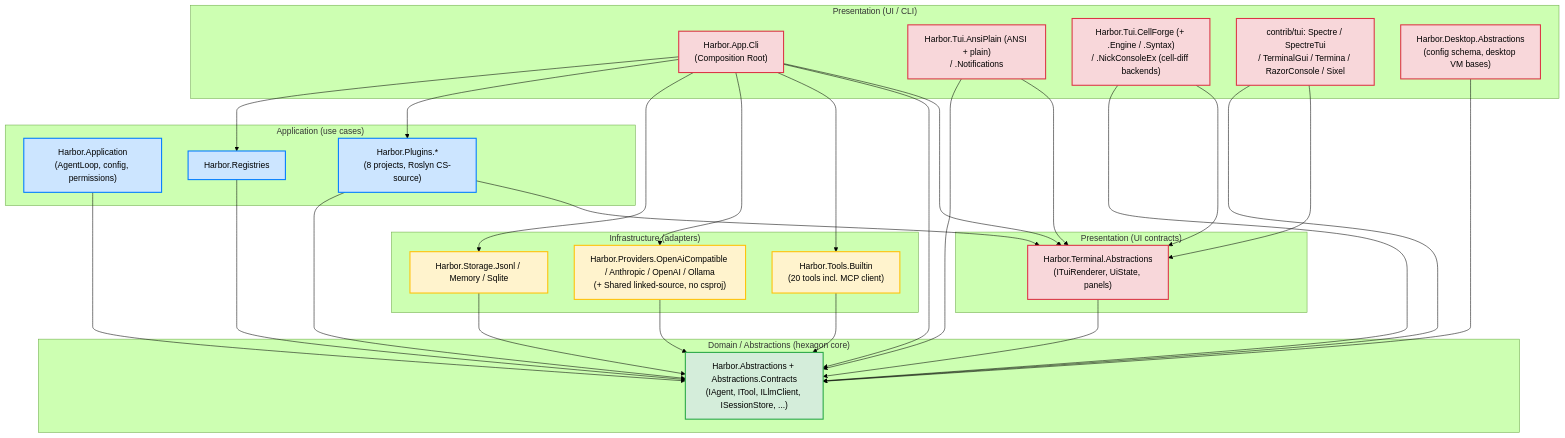
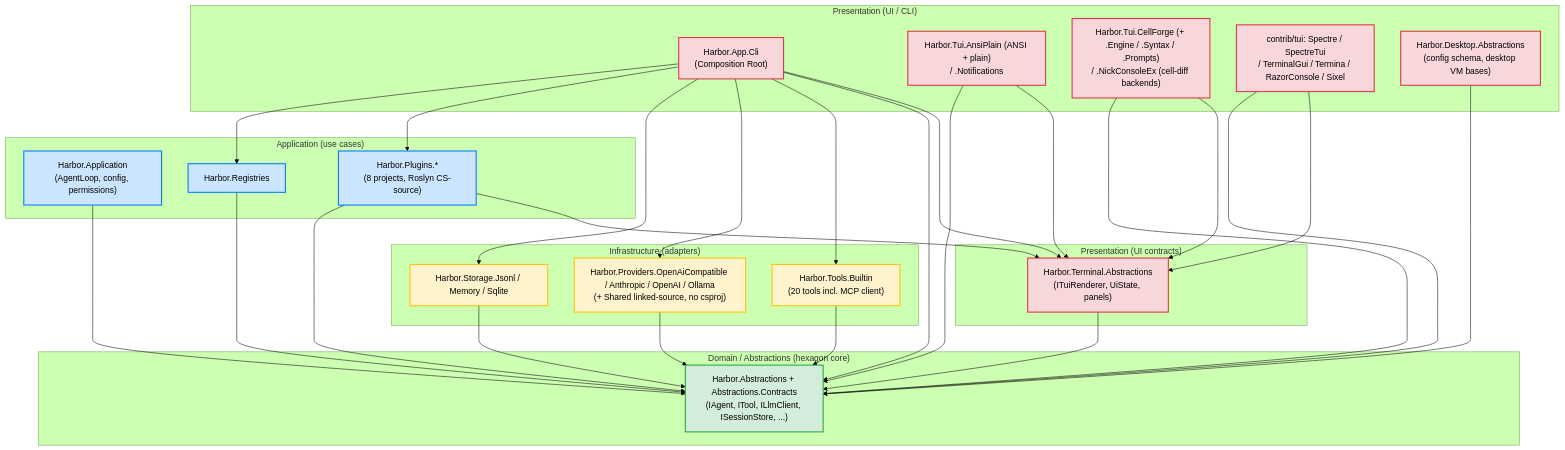
One commit to refusedguy/Harbor-Harness changed the diagram in docs/ARCHITECTURE_LAYERS.md. Above: the diagram before and after it, drawn with Mermaid (forest theme). The commit also changed other lines of this file and 4 other files, not shown here.

````diff
--- a/docs/ARCHITECTURE_LAYERS.md
+++ b/docs/ARCHITECTURE_LAYERS.md
@@ -287,68 +287,68 @@
 ```mermaid
 flowchart TB
     subgraph Pres["Presentation (UI / CLI)"]
         Cli["Harbor.App.Cli<br/>(Composition Root)"]
         TuiAnsi["Harbor.Tui.AnsiPlain (ANSI + plain)<br/>/ .Notifications"]
-        TuiConsoleEx["Harbor.Tui.CellForge (+ .Engine / .Syntax)<br/>/ .NickConsoleEx (cell-diff backends)"]
+        TuiConsoleEx["Harbor.Tui.CellForge (+ .Engine / .Syntax / .Prompts)<br/>/ .NickConsoleEx (cell-diff backends)"]
         TuiContrib["contrib/tui: Spectre / SpectreTui<br/>/ TerminalGui / Termina / RazorConsole / Sixel"]
         DesktopAbs["Harbor.Desktop.Abstractions<br/>(config schema, desktop VM bases)"]
     end
 
     subgraph App["Application (use cases)"]
         AppLayer["Harbor.Application<br/>(AgentLoop, config, permissions)"]
         Core["Harbor.Registries"]
         Plugins["Harbor.Plugins.*<br/>(8 projects, Roslyn CS-source)"]
     end
 
     subgraph Infra["Infrastructure (adapters)"]
         Storage["Harbor.Storage.Jsonl / Memory / Sqlite"]
         Providers["Harbor.Providers.OpenAiCompatible / Anthropic / OpenAI / Ollama<br/>(+ Shared linked-source, no csproj)"]
         Tools["Harbor.Tools.Builtin<br/>(20 tools incl. MCP client)"]
     end
 
     subgraph Domain["Domain / Abstractions (hexagon core)"]
         Abs["Harbor.Abstractions + Abstractions.Contracts<br/>(IAgent, ITool, ILlmClient, ISessionStore, ...)"]
     end
 
     subgraph UiPres["Presentation (UI contracts)"]
         TuiAbs["Harbor.Terminal.Abstractions<br/>(ITuiRenderer, UiState, panels)"]
     end
 
     Cli --> Core
     Cli --> Plugins
     Cli --> Storage
     Cli --> Providers
     Cli --> Tools
     Cli --> Abs
     Cli --> TuiAbs
 
     DesktopAbs --> Abs
 
     TuiAnsi --> Abs
     TuiAnsi --> TuiAbs
     TuiConsoleEx --> Abs
     TuiConsoleEx --> TuiAbs
     TuiContrib --> Abs
     TuiContrib --> TuiAbs
 
     AppLayer --> Abs
     Core --> Abs
     Plugins --> Abs
     Plugins --> TuiAbs
 
     Storage --> Abs
     Providers --> Abs
     Tools --> Abs
 
     TuiAbs --> Abs
 
     classDef domain fill:#d4edda,stroke:#28a745,stroke-width:2px
     classDef app fill:#cce5ff,stroke:#007bff,stroke-width:2px
     classDef infra fill:#fff3cd,stroke:#ffc107,stroke-width:2px
     classDef pres fill:#f8d7da,stroke:#dc3545,stroke-width:2px
 
     class Abs domain
     class AppLayer,Core,Plugins app
     class Storage,Providers,Tools infra
     class Cli,TuiAnsi,TuiConsoleEx,TuiContrib,DesktopAbs,TuiAbs pres
 ```
````
